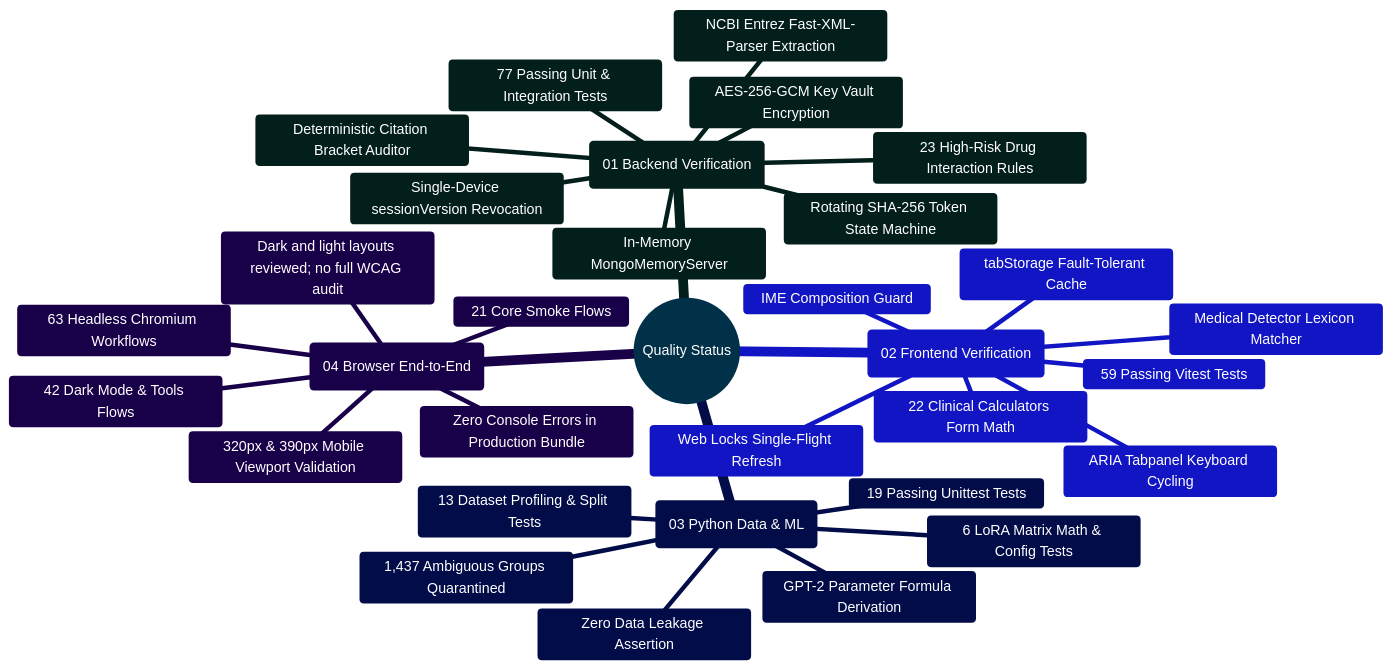
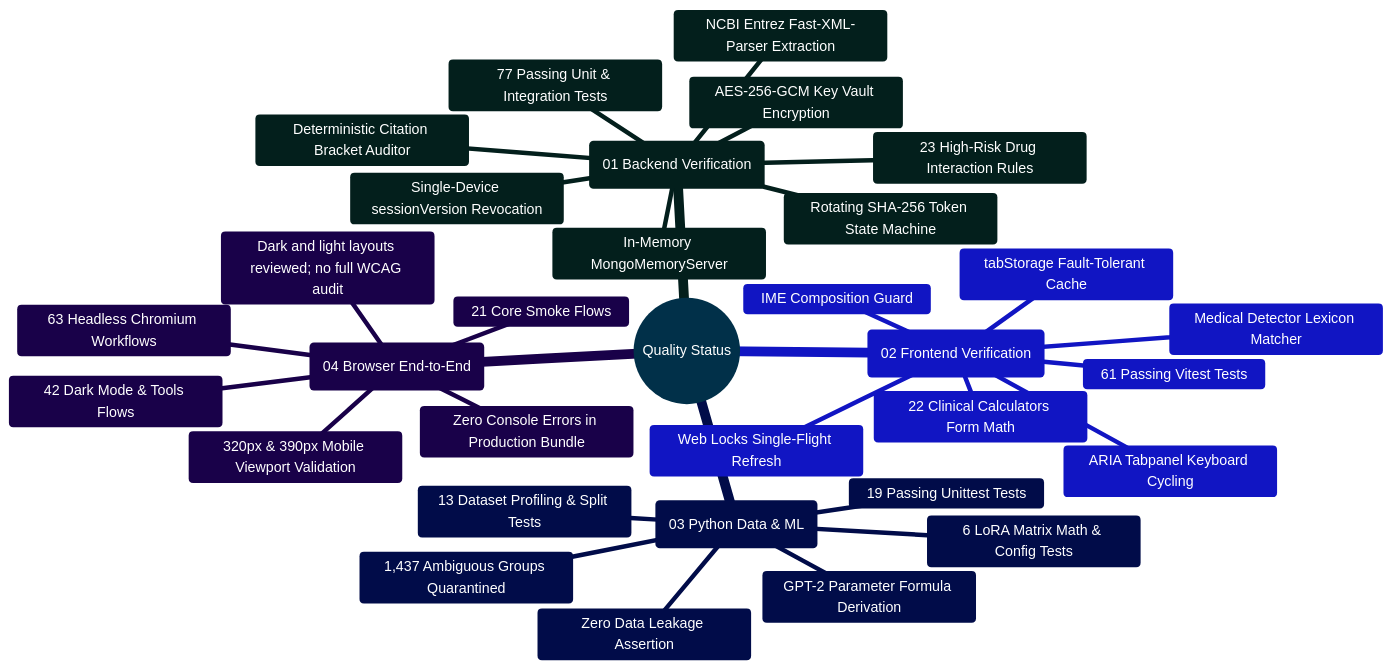
Before and after one commit to Ganesh172919/React-App-LLM: the first of 2 diagrams in docs/IMPLEMENTATION_STATUS.md, drawn with Mermaid. The commit also changed other lines of this file and 32 other files, not shown here.

````diff
--- a/docs/IMPLEMENTATION_STATUS.md
+++ b/docs/IMPLEMENTATION_STATUS.md
@@ -68,37 +68,37 @@
 ```mermaid
 %%{init: {'theme': 'base', 'themeVariables': { 'primaryColor': '#0284c7', 'primaryTextColor': '#ffffff', 'primaryBorderColor': '#0369a1', 'lineColor': '#0284c7', 'secondaryColor': '#0d9488', 'tertiaryColor': '#6366f1' }}}%%
 mindmap
   root((Quality Status))
     ::icon(fa fa-check-circle)
     (01 Backend Verification)
       77 Passing Unit & Integration Tests
       In-Memory MongoMemoryServer
       Single-Device sessionVersion Revocation
       Rotating SHA-256 Token State Machine
       AES-256-GCM Key Vault Encryption
       NCBI Entrez Fast-XML-Parser Extraction
       Deterministic Citation Bracket Auditor
       23 High-Risk Drug Interaction Rules
     (02 Frontend Verification)
-      59 Passing Vitest Tests
+      61 Passing Vitest Tests
       Web Locks Single-Flight Refresh
       tabStorage Fault-Tolerant Cache
       IME Composition Guard
       Medical Detector Lexicon Matcher
       22 Clinical Calculators Form Math
       ARIA Tabpanel Keyboard Cycling
     (03 Python Data & ML)
       19 Passing Unittest Tests
       13 Dataset Profiling & Split Tests
       6 LoRA Matrix Math & Config Tests
       Zero Data Leakage Assertion
       1,437 Ambiguous Groups Quarantined
       GPT-2 Parameter Formula Derivation
     (04 Browser End-to-End)
       63 Headless Chromium Workflows
       21 Core Smoke Flows
       42 Dark Mode & Tools Flows
       320px & 390px Mobile Viewport Validation
       Dark and light layouts reviewed; no full WCAG audit
       Zero Console Errors in Production Bundle
 ```
````
